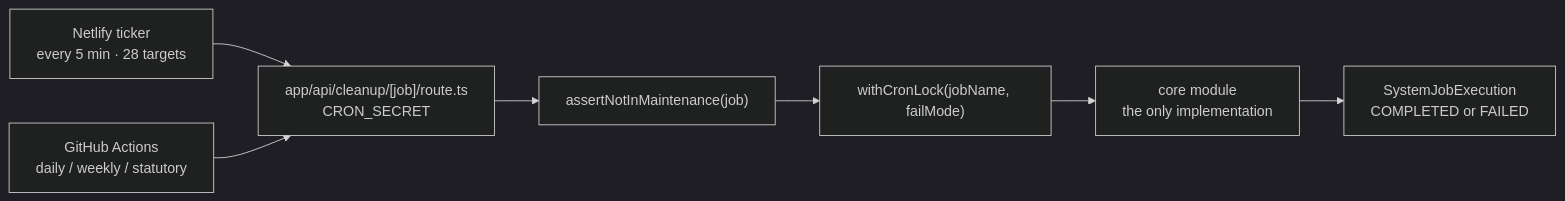
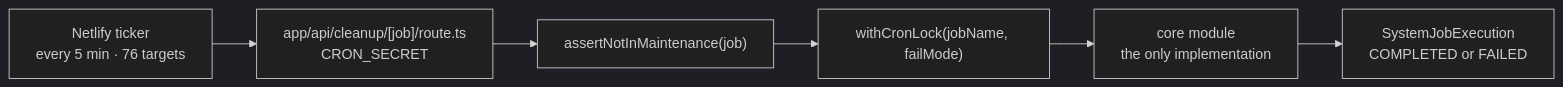
The second of 2 diagrams in docs/start-here/04-platform-architecture.md (Practitionist/familiarise_web), drawn with Mermaid (dark theme) before and after one commit. The commit also changed other lines of this file and 106 other files, not shown here.

````diff
--- a/docs/start-here/04-platform-architecture.md
+++ b/docs/start-here/04-platform-architecture.md
@@ -138,9 +133,8 @@
 ```mermaid
 flowchart LR
-    S1["Netlify ticker<br/>every 5 min · 28 targets"] --> R
-    S2["GitHub Actions<br/>daily / weekly / statutory"] --> R
+    S1["Netlify ticker<br/>every 5 min · 76 targets"] --> R
     R["app/api/cleanup/[job]/route.ts<br/>CRON_SECRET"] --> G["assertNotInMaintenance(job)"]
     G --> L["withCronLock(jobName, failMode)"]
     L --> C["core module<br/>the only implementation"]
     C --> S["SystemJobExecution<br/>COMPLETED or FAILED"]
 ```
````
